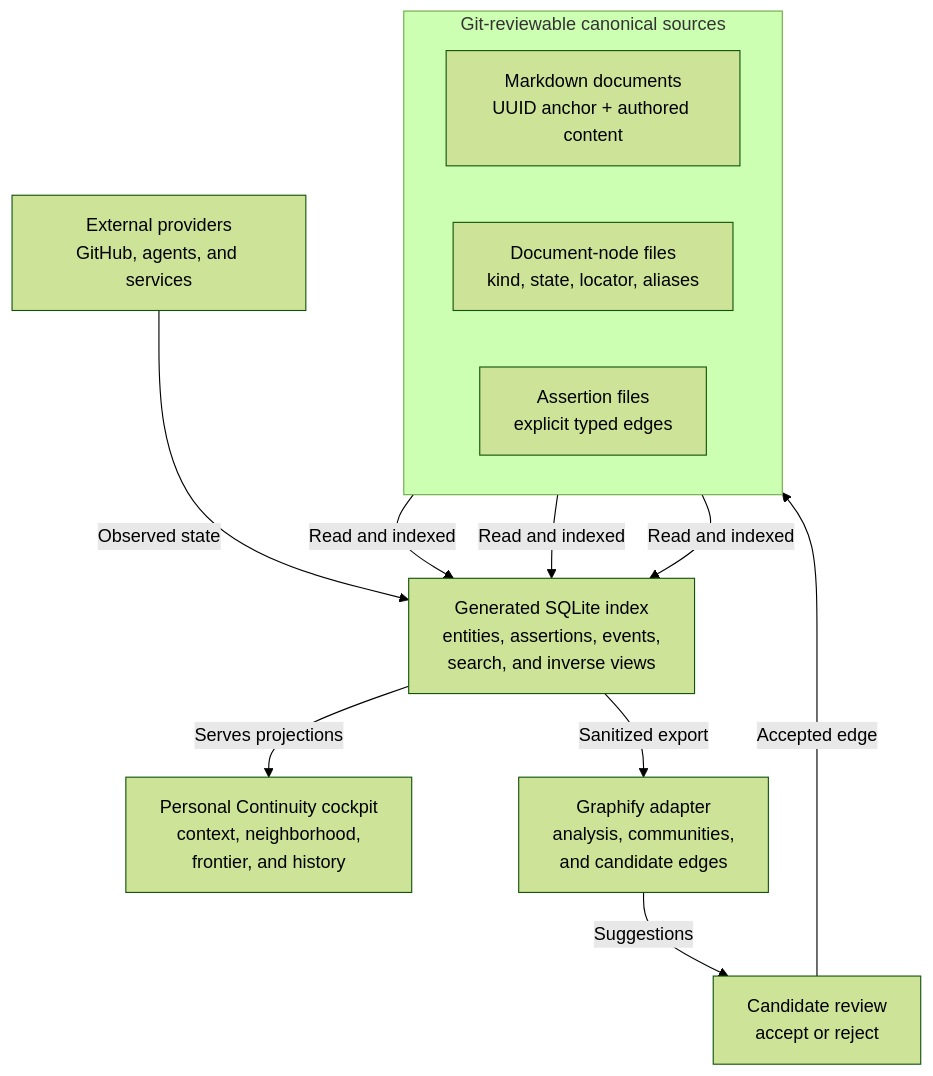
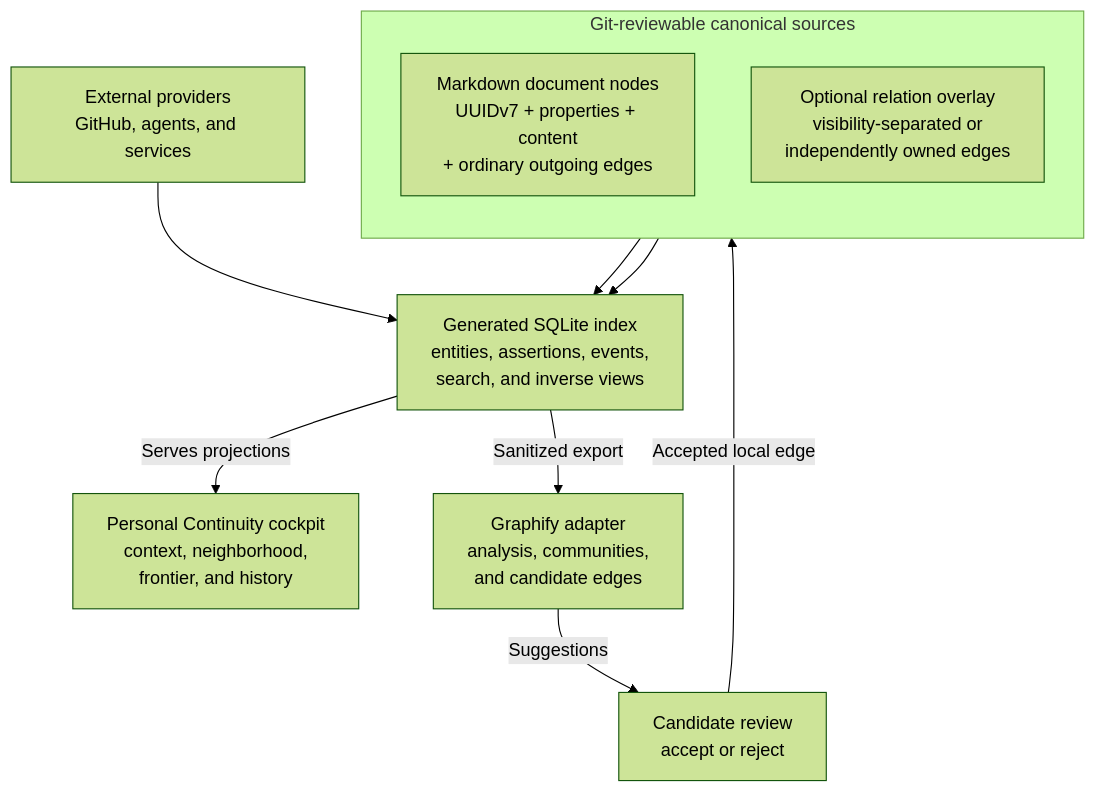
The diagram in research/RSCH-0009-graphify-and-canonical-relationship-store-fit.md (owensantoso/AGENT-DOCS), drawn with Mermaid (forest theme) before and after one commit. The commit also changed other lines of this file and 3 other files, not shown here.

Commit message:
Clarify graph storage and UUIDv7 direction

````diff
--- a/research/RSCH-0009-graphify-and-canonical-relationship-store-fit.md
+++ b/research/RSCH-0009-graphify-and-canonical-relationship-store-fit.md
@@ -170,24 +185,22 @@
 ```mermaid
 flowchart TD
     subgraph SOURCES["Git-reviewable canonical sources"]
-        direction LR
-        DOCS["Markdown documents<br/>UUID anchor + authored content"]
-        NODES["Document-node files<br/>kind, state, locator, aliases"]
-        RELS["Assertion files<br/>explicit typed edges"]
+        direction TB
+        DOCS["Markdown document nodes<br/>UUIDv7 + properties + content<br/>+ ordinary outgoing edges"]
+        RELS["Optional relation overlay<br/>visibility-separated or<br/>independently owned edges"]
     end
 
     PROVIDERS["External providers<br/>GitHub, agents, and services"]
     INDEX["Generated SQLite index<br/>entities, assertions, events,<br/>search, and inverse views"]
     APP["Personal Continuity cockpit<br/>context, neighborhood,<br/>frontier, and history"]
     GRAPHIFY["Graphify adapter<br/>analysis, communities,<br/>and candidate edges"]
     REVIEW["Candidate review<br/>accept or reject"]
 
-    DOCS -->|"Read and indexed"| INDEX
-    NODES -->|"Read and indexed"| INDEX
-    RELS -->|"Read and indexed"| INDEX
-    PROVIDERS -->|"Observed state"| INDEX
+    DOCS --> INDEX
+    RELS --> INDEX
+    PROVIDERS --> INDEX
     INDEX -->|"Serves projections"| APP
     INDEX -->|"Sanitized export"| GRAPHIFY
     GRAPHIFY -->|"Suggestions"| REVIEW
-    REVIEW -->|"Accepted edge"| RELS
+    REVIEW -->|"Accepted local edge"| DOCS
 ```
````
